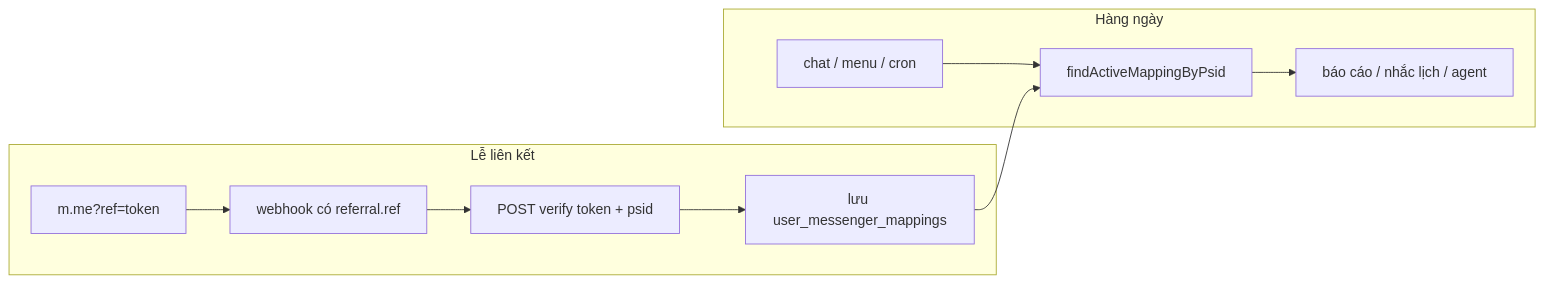
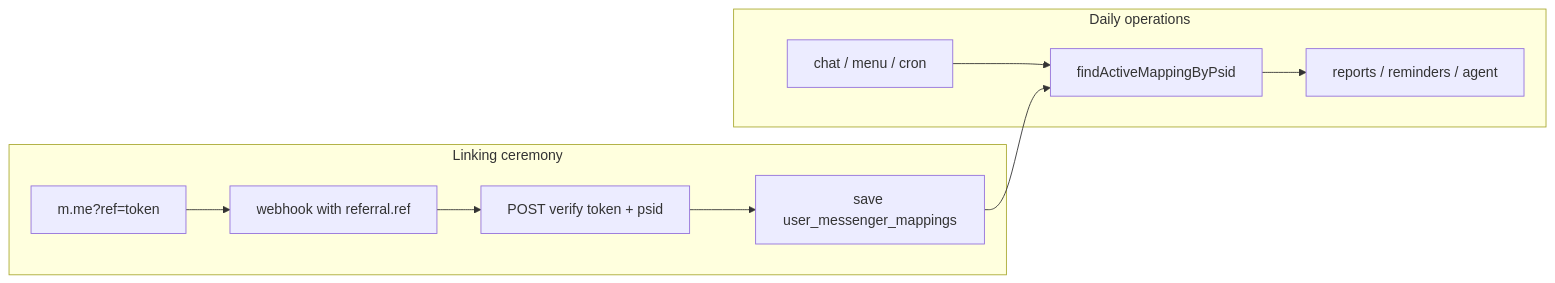
Before and after one commit to lengocanh2005it/messenger-ai-for-student: the diagram in apps/messenger-bot/docs/messenger-link-integration.md, drawn with Mermaid. The commit also changed other lines of this file and 25 other files, not shown here.

````diff
--- a/apps/messenger-bot/docs/messenger-link-integration.md
+++ b/apps/messenger-bot/docs/messenger-link-integration.md
@@ -449,15 +450,15 @@
 ```mermaid
 flowchart LR
-  subgraph ceremony ["Lễ liên kết"]
-    A[m.me?ref=token] --> B[webhook có referral.ref]
+  subgraph ceremony ["Linking ceremony"]
+    A[m.me?ref=token] --> B[webhook with referral.ref]
     B --> C[POST verify token + psid]
-    C --> D[lưu user_messenger_mappings]
+    C --> D[save user_messenger_mappings]
   end
 
-  subgraph daily ["Hàng ngày"]
+  subgraph daily ["Daily operations"]
     E[chat / menu / cron] --> F[findActiveMappingByPsid]
-    F --> G[báo cáo / nhắc lịch / agent]
+    F --> G[reports / reminders / agent]
   end
 
   D --> F
 ```
````
